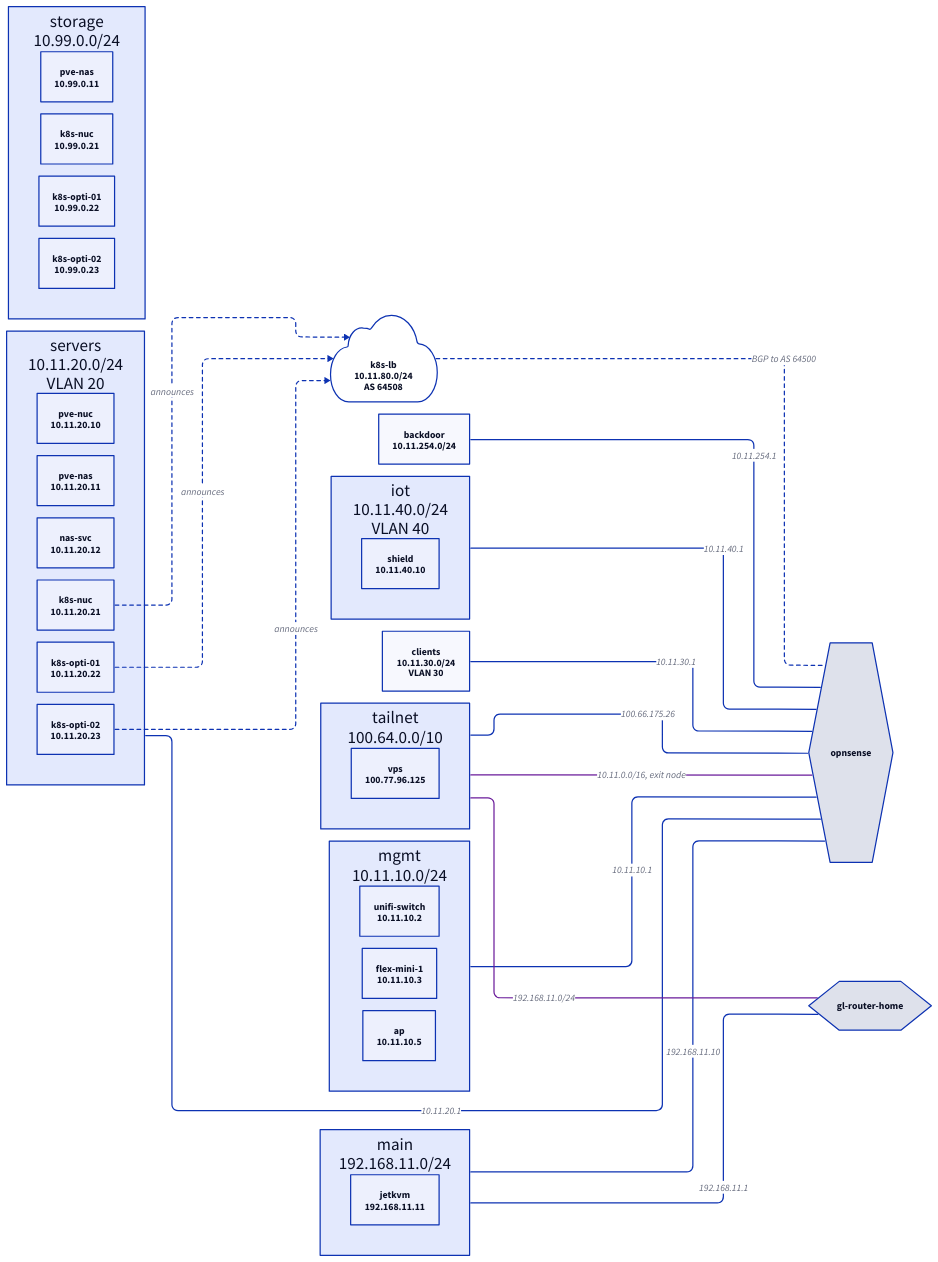
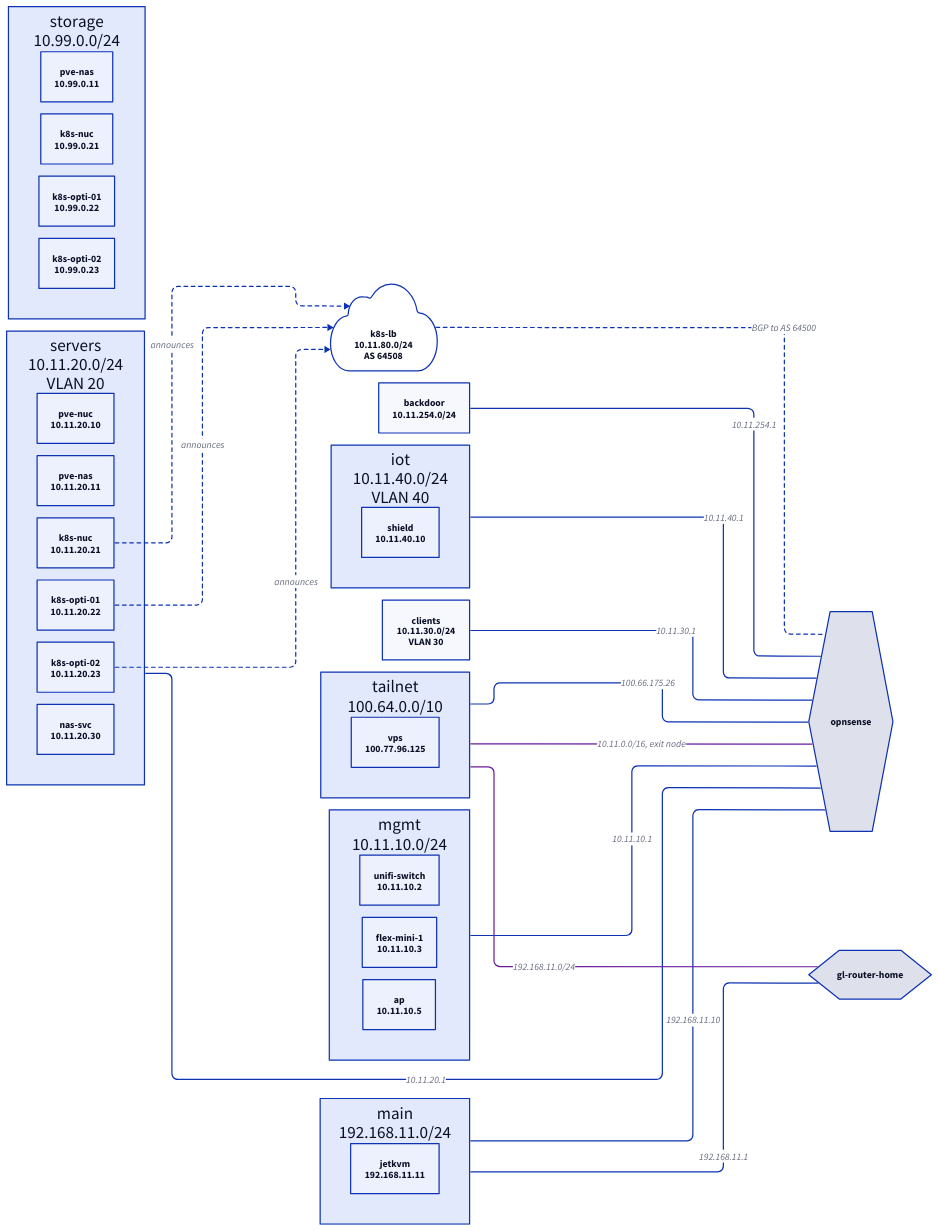
One commit to subbeh/home-ops changed the diagram in docs/diagrams/network.d2. Above: the diagram before and after it, drawn with D2. The commit also changed 4 other files, not shown here.

First line of the commit message:
feat(ansible): reserve servers ranges per Host kind and move nas-svc to the guest range

```diff
--- a/docs/diagrams/network.d2
+++ b/docs/diagrams/network.d2
@@ -1,67 +1,67 @@
 # GENERATED by just docs; do not edit. `just docs` renders it to network.svg.
 # The Networks from network.yaml with their addresses, the routers between them, the Pools
 # and the tailnet routes. A Network with no edge to a router is unrouted.
 direction: right
 # dagre routes edges through unrelated Network containers; elk doesn't.
 vars: {d2-config: {layout-engine: elk}}
 
 "gl-router-home": {shape: hexagon}
 "opnsense": {shape: hexagon}
 
 "main": {
   label: "main\n192.168.11.0/24"
   "jetkvm": "jetkvm\n192.168.11.11"
 }
 "main" -- "gl-router-home": "192.168.11.1"
 "main" -- "opnsense": "192.168.11.10"
 "mgmt": {
   label: "mgmt\n10.11.10.0/24"
   "unifi-switch": "unifi-switch\n10.11.10.2"
   "flex-mini-1": "flex-mini-1\n10.11.10.3"
   "ap": "ap\n10.11.10.5"
 }
 "mgmt" -- "opnsense": "10.11.10.1"
 "servers": {
   label: "servers\n10.11.20.0/24\nVLAN 20"
   "pve-nuc": "pve-nuc\n10.11.20.10"
   "pve-nas": "pve-nas\n10.11.20.11"
-  "nas-svc": "nas-svc\n10.11.20.12"
   "k8s-nuc": "k8s-nuc\n10.11.20.21"
   "k8s-opti-01": "k8s-opti-01\n10.11.20.22"
   "k8s-opti-02": "k8s-opti-02\n10.11.20.23"
+  "nas-svc": "nas-svc\n10.11.20.30"
 }
 "servers" -- "opnsense": "10.11.20.1"
 "clients": {
   label: "clients\n10.11.30.0/24\nVLAN 30"
 }
 "clients" -- "opnsense": "10.11.30.1"
 "iot": {
   label: "iot\n10.11.40.0/24\nVLAN 40"
   "shield": "shield\n10.11.40.10"
 }
 "iot" -- "opnsense": "10.11.40.1"
 "backdoor": {
   label: "backdoor\n10.11.254.0/24"
 }
 "backdoor" -- "opnsense": "10.11.254.1"
 "storage": {
   label: "storage\n10.99.0.0/24"
   "pve-nas": "pve-nas\n10.99.0.11"
   "k8s-nuc": "k8s-nuc\n10.99.0.21"
   "k8s-opti-01": "k8s-opti-01\n10.99.0.22"
   "k8s-opti-02": "k8s-opti-02\n10.99.0.23"
 }
 "tailnet": {
   label: "tailnet\n100.64.0.0/10"
   "vps": "vps\n100.77.96.125"
 }
 "tailnet" -- "opnsense": "100.66.175.26"
 
 "k8s-lb": "k8s-lb\n10.11.80.0/24\nAS 64508" {shape: cloud}
 "k8s-lb" -- "opnsense": "BGP to AS 64500" {style.stroke-dash: 3}
 "servers"."k8s-nuc" -> "k8s-lb": announces {style.stroke-dash: 3}
 "servers"."k8s-opti-01" -> "k8s-lb": announces {style.stroke-dash: 3}
 "servers"."k8s-opti-02" -> "k8s-lb": announces {style.stroke-dash: 3}
 
 tailnet -- "opnsense": "10.11.0.0/16, exit node" {style.stroke: "#6A1B9A"}
 tailnet -- "gl-router-home": "192.168.11.0/24" {style.stroke: "#6A1B9A"}
```
